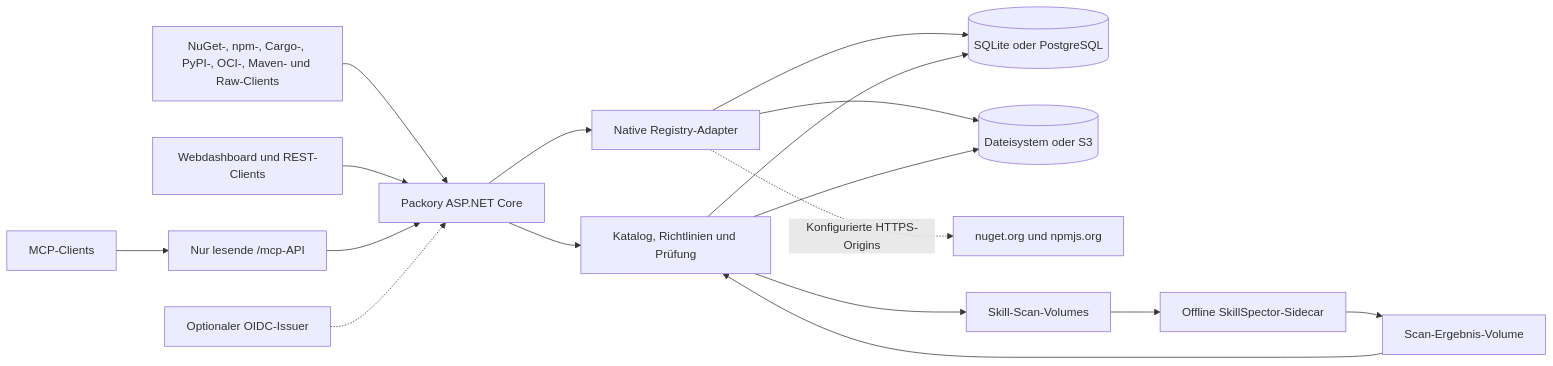
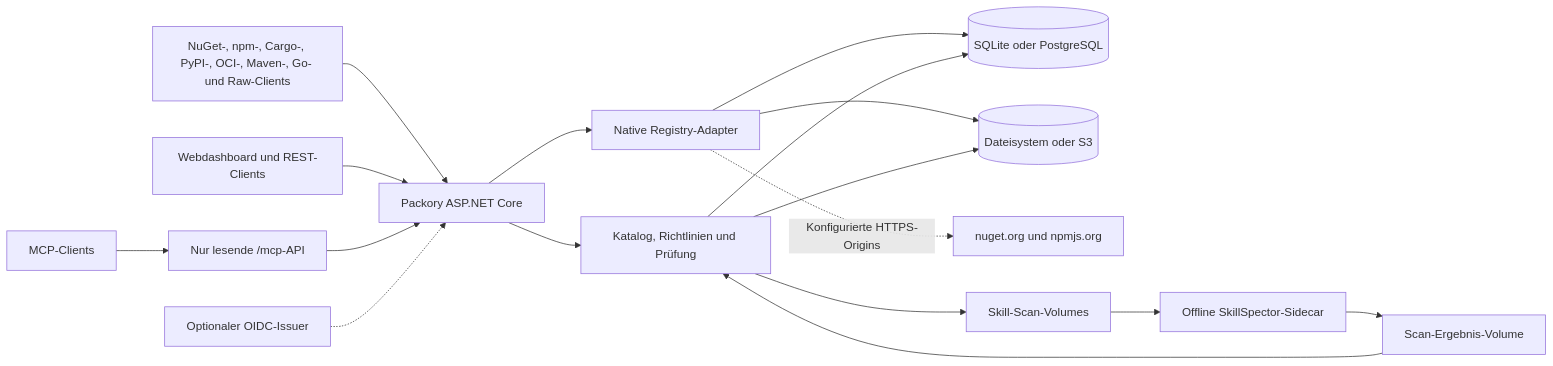
Before and after one commit to Cenn0/Packory: the diagram in README.de.md, drawn with Mermaid. The commit also changed other lines of this file and 31 other files, not shown here.

````diff
--- a/README.de.md
+++ b/README.de.md
@@ -93,19 +94,19 @@
 ```mermaid
 flowchart LR
-  C["NuGet-, npm-, Cargo-, PyPI-, OCI-, Maven- und Raw-Clients"] --> App["Packory ASP.NET Core"]
+  C["NuGet-, npm-, Cargo-, PyPI-, OCI-, Maven-, Go- und Raw-Clients"] --> App["Packory ASP.NET Core"]
   Web["Webdashboard und REST-Clients"] --> App
   MCP["MCP-Clients"] --> Read["Nur lesende /mcp-API"]
   Read --> App
   OIDC["Optionaler OIDC-Issuer"] -.-> App
   App --> Adapter["Native Registry-Adapter"]
   App --> Catalog["Katalog, Richtlinien und Prüfung"]
   Adapter --> DB[("SQLite oder PostgreSQL")]
   Catalog --> DB
   Adapter --> Blob[("Dateisystem oder S3")]
   Catalog --> Blob
   Adapter -. "Konfigurierte HTTPS-Origins" .-> U["nuget.org und npmjs.org"]
   Catalog --> Queue["Skill-Scan-Volumes"]
   Queue --> Scan["Offline SkillSpector-Sidecar"]
   Scan --> Out["Scan-Ergebnis-Volume"]
   Out --> Catalog
 ```
````
